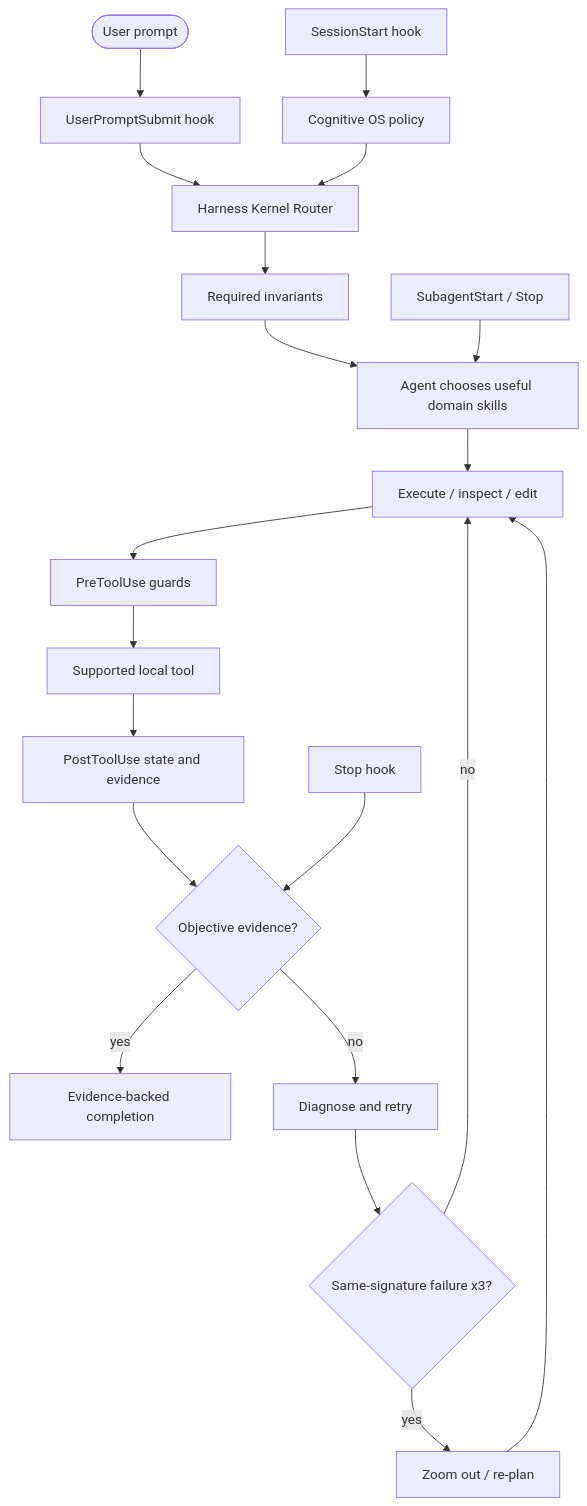
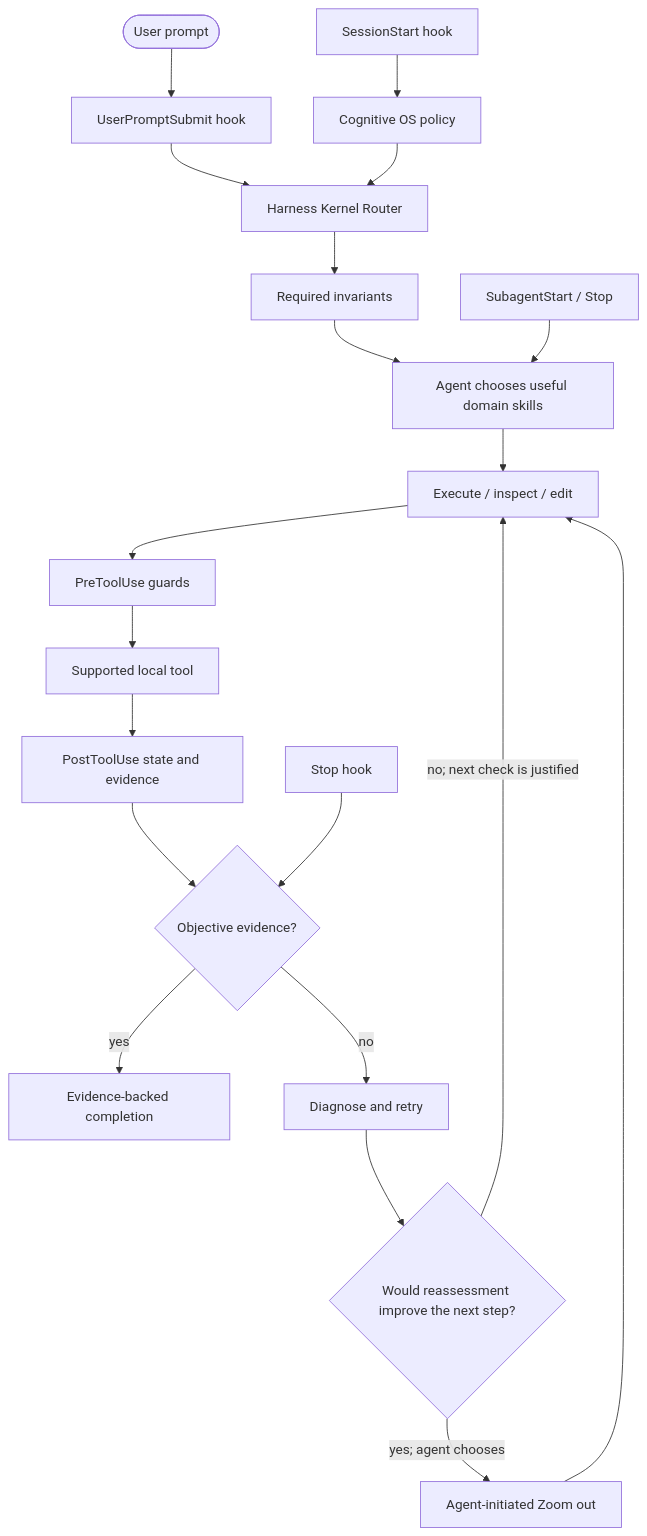
The diagram in docs/openai-plugin.md (dyphn1/Harness-everything), drawn with Mermaid before and after one commit. The commit also changed 17 other files, not shown here.

First line of the commit message:
docs(zoom-out): describe agent-initiated zoom-out in active docs

````diff
--- a/docs/openai-plugin.md
+++ b/docs/openai-plugin.md
@@ -7,23 +7,23 @@
 ```mermaid
 flowchart TD
     U([User prompt]) --> H[UserPromptSubmit hook]
     H --> K[Harness Kernel Router]
     K --> I[Required invariants]
     I --> A[Agent chooses useful domain skills]
     A --> E[Execute / inspect / edit]
     E --> P[PreToolUse guards]
     P --> T[Supported local tool]
     T --> Q[PostToolUse state and evidence]
     Q --> V{Objective evidence?}
     V -->|yes| D[Evidence-backed completion]
     V -->|no| R[Diagnose and retry]
-    R --> F{Same-signature failure x3?}
-    F -->|no| E
-    F -->|yes| Z[Zoom out / re-plan]
+    R --> F{Would reassessment improve the next step?}
+    F -->|no; next check is justified| E
+    F -->|yes; agent chooses| Z[Agent-initiated Zoom out]
     Z --> E
 
     S[SessionStart hook] --> C[Cognitive OS policy]
     C --> K
     G[SubagentStart / Stop] --> A
     X[Stop hook] --> V
 ```
````
